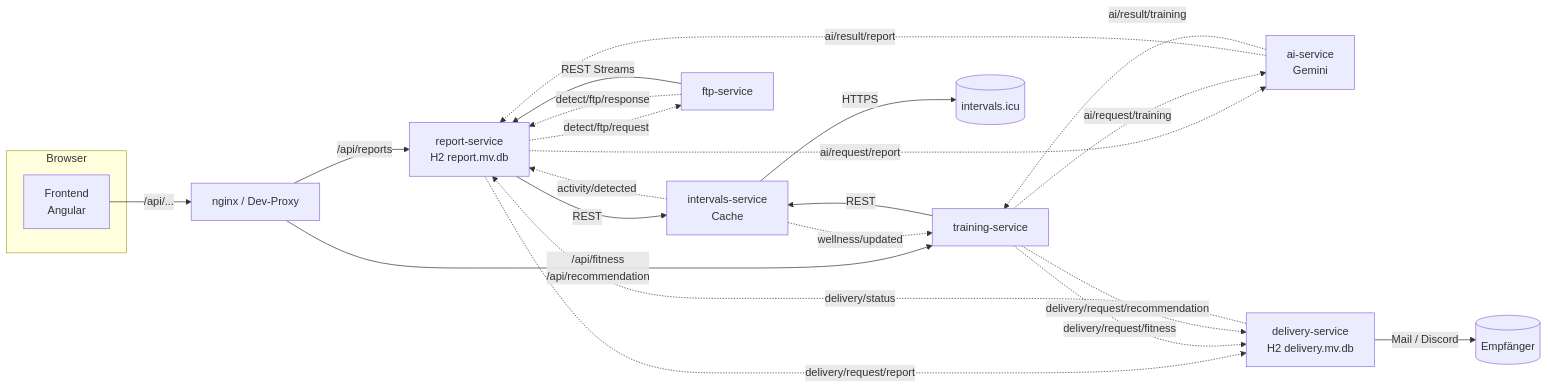
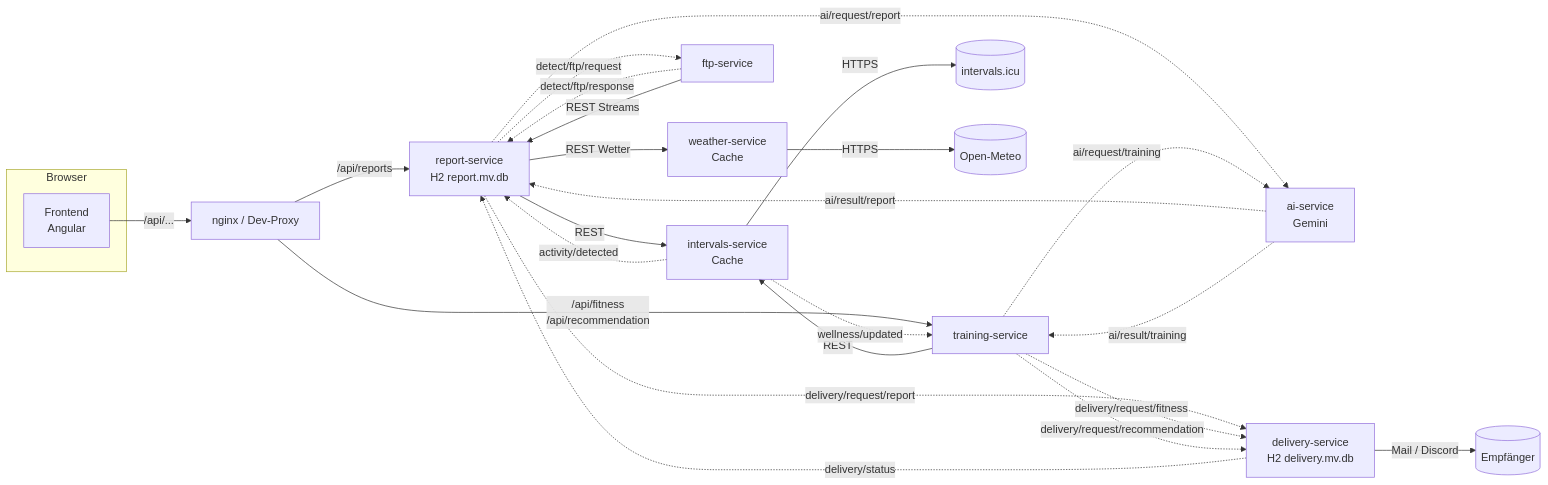
The first of 6 diagrams in docs/datenfluesse.md (KlinkerD/Cycling_AI_Analyzer), drawn with Mermaid before and after one commit. The commit also changed other lines of this file and 92 other files, not shown here.

First line of the commit message:
Add `weather-service` for weather data retrieval and integration with Open-Meteo

````diff
--- a/docs/datenfluesse.md
+++ b/docs/datenfluesse.md
@@ -17,29 +18,31 @@
 ```mermaid
 flowchart LR
     subgraph Browser
         FE[Frontend<br/>Angular]
     end
     NG[nginx / Dev-Proxy]
     FE -->|/api/...| NG
     NG -->|/api/reports| RS[report-service<br/>H2 report.mv.db]
     NG -->|/api/fitness<br/>/api/recommendation| TS[training-service]
 
     RS -->|REST| IS[intervals-service<br/>Cache]
     TS -->|REST| IS
     IS -->|HTTPS| ICU[(intervals.icu)]
 
     IS -. activity/detected .-> RS
     IS -. wellness/updated .-> TS
     RS -. ai/request/report .-> AI[ai-service<br/>Gemini]
     AI -. ai/result/report .-> RS
     TS -. ai/request/training .-> AI
     AI -. ai/result/training .-> TS
     RS -. delivery/request/report .-> DS[delivery-service<br/>H2 delivery.mv.db]
     TS -. delivery/request/fitness .-> DS
     TS -. delivery/request/recommendation .-> DS
     DS -. delivery/status .-> RS
     DS -->|Mail / Discord| OUT[(Empfänger)]
     RS -. detect/ftp/request .-> FT[ftp-service]
     FT -. detect/ftp/response .-> RS
     FT -->|REST Streams| RS
+    RS -->|REST Wetter| WS[weather-service<br/>Cache]
+    WS -->|HTTPS| OM[(Open-Meteo)]
 ```
````
